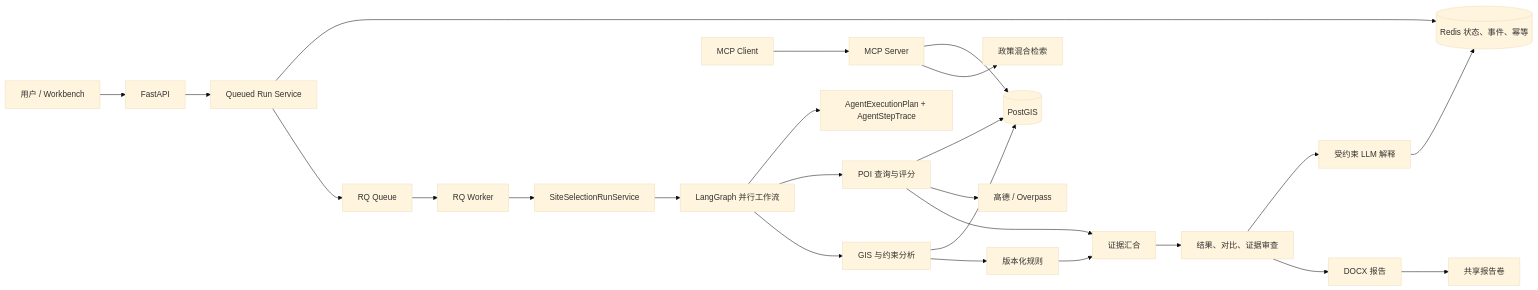
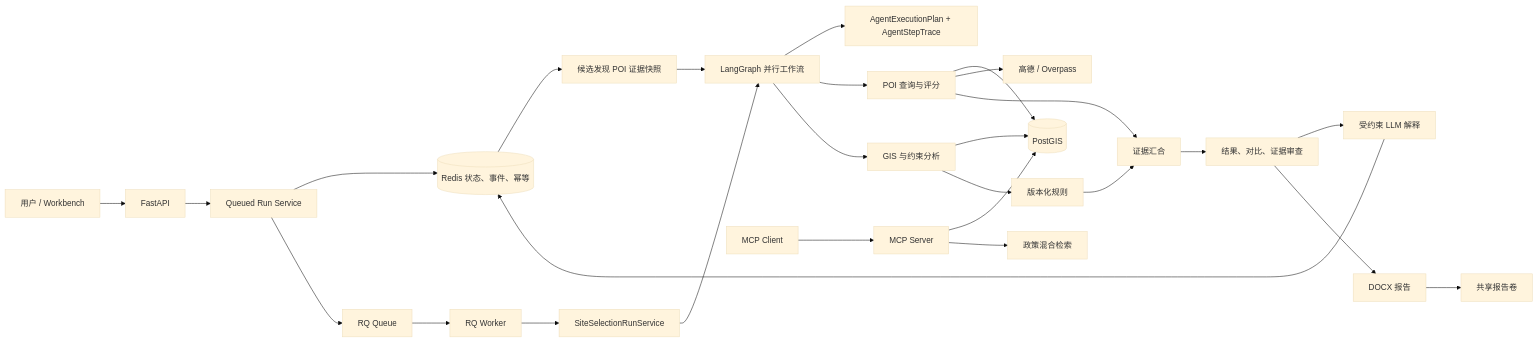
The first of 5 diagrams in docs/agent-implementation-guide.md (1159312243h-gif/spatial-decision-agent), drawn with Mermaid (base theme) before and after one commit. The commit also changed other lines of this file and 95 other files, not shown here.

````diff
--- a/docs/agent-implementation-guide.md
+++ b/docs/agent-implementation-guide.md
@@ -89,27 +101,29 @@
 ```mermaid
 flowchart LR
     User["用户 / Workbench"] --> API["FastAPI"]
     API --> RunFacade["Queued Run Service"]
     RunFacade --> State[("Redis 状态、事件、幂等")]
     RunFacade --> Queue["RQ Queue"]
     Queue --> Worker["RQ Worker"]
     Worker --> Runtime["SiteSelectionRunService"]
     Runtime --> Graph["LangGraph 并行工作流"]
+    State --> Snapshot["候选发现 POI 证据快照"]
+    Snapshot --> Graph
     Graph --> Plan["AgentExecutionPlan + AgentStepTrace"]
     Graph --> POI["POI 查询与评分"]
     Graph --> Spatial["GIS 与约束分析"]
     Spatial --> PostGIS[("PostGIS")]
     POI --> PostGIS
     POI --> Online["高德 / Overpass"]
     Spatial --> Policy["版本化规则"]
     POI --> Merge["证据汇合"]
     Policy --> Merge
     Merge --> Review["结果、对比、证据审查"]
     Review --> Explain["受约束 LLM 解释"]
     Review --> Report["DOCX 报告"]
     Explain --> State
     Report --> Volume["共享报告卷"]
     MCPClient["MCP Client"] --> MCP["MCP Server"]
     MCP --> PostGIS
     MCP --> RAG["政策混合检索"]
 ```
````
